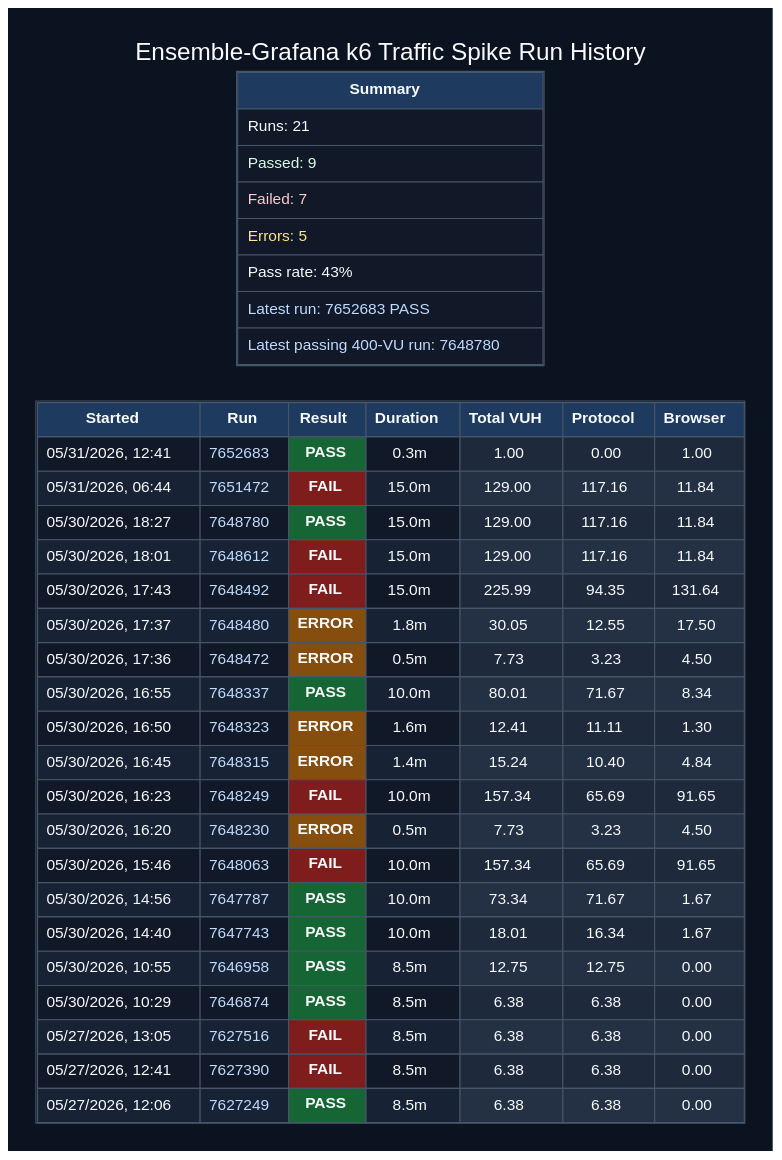
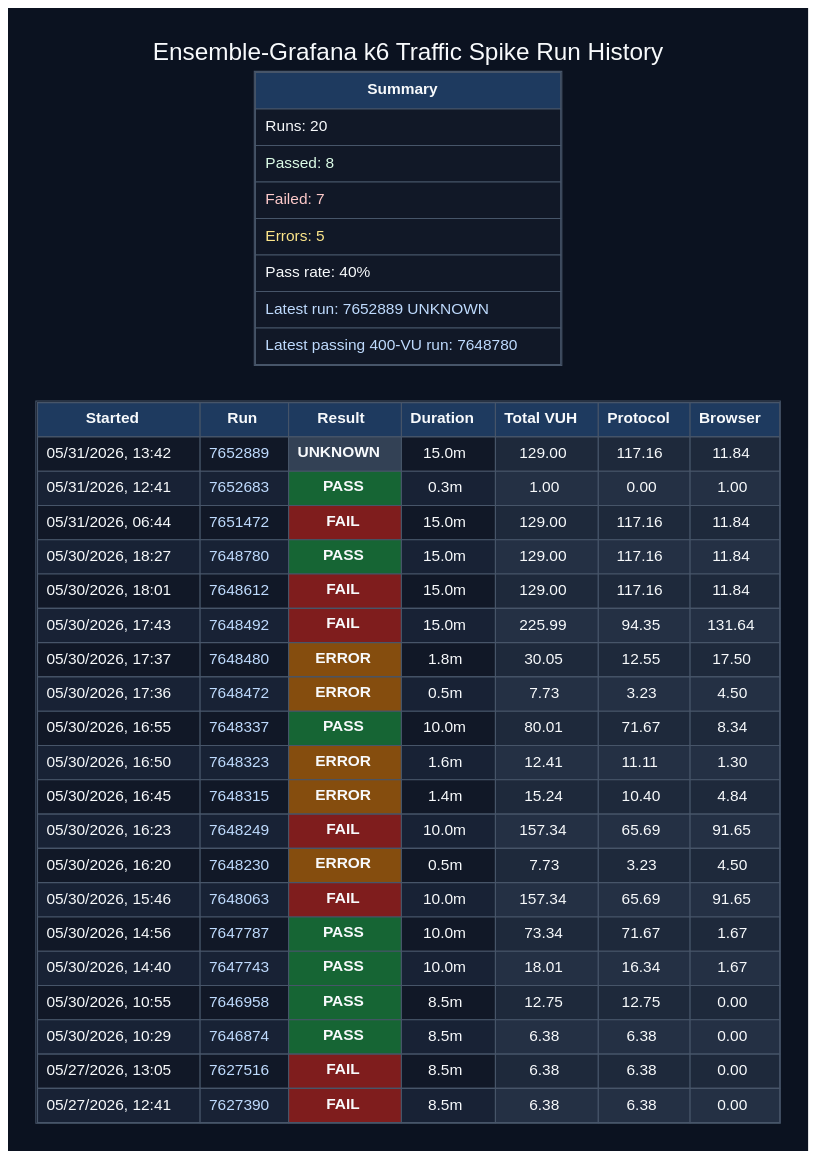
The diagram in docs/graphviz/load-run-table.dot (orenlion1/ensemble-retail), drawn with Graphviz before and after one commit. The commit also changed 17 other files, not shown here.

```diff
--- a/docs/graphviz/load-run-table.dot
+++ b/docs/graphviz/load-run-table.dot
@@ -31,62 +31,116 @@
           <TD BGCOLOR="#1e3a5f"><FONT COLOR="#f8fafc"><B>Browser</B></FONT></TD>
         </TR>
         <TR>
-          <TD BGCOLOR="#111827"><FONT COLOR="#f8fafc">05/31/2026, 12:41</FONT></TD>
-          <TD BGCOLOR="#111827"><FONT COLOR="#bfdbfe">7652683</FONT></TD>
-          <TD BGCOLOR="#166534"><FONT COLOR="#f8fafc"><B>PASS</B></FONT></TD>
-          <TD BGCOLOR="#111827"><FONT COLOR="#f8fafc">0.3m</FONT></TD>
-          <TD BGCOLOR="#1e293b"><FONT COLOR="#f8fafc">1.00</FONT></TD>
-          <TD BGCOLOR="#1e293b"><FONT COLOR="#f8fafc">0.00</FONT></TD>
-          <TD BGCOLOR="#1e293b"><FONT COLOR="#f8fafc">1.00</FONT></TD>
+          <TD BGCOLOR="#111827"><FONT COLOR="#f8fafc">05/31/2026, 13:42</FONT></TD>
+          <TD BGCOLOR="#111827"><FONT COLOR="#bfdbfe">7652889</FONT></TD>
+          <TD BGCOLOR="#334155"><FONT COLOR="#f8fafc"><B>UNKNOWN</B></FONT></TD>
+          <TD BGCOLOR="#111827"><FONT COLOR="#f8fafc">15.0m</FONT></TD>
+          <TD BGCOLOR="#1e293b"><FONT COLOR="#f8fafc">129.00</FONT></TD>
+          <TD BGCOLOR="#1e293b"><FONT COLOR="#f8fafc">117.16</FONT></TD>
+          <TD BGCOLOR="#1e293b"><FONT COLOR="#f8fafc">11.84</FONT></TD>
         </TR>
         <TR>
-          <TD BGCOLOR="#182235"><FONT COLOR="#f8fafc">05/31/2026, 06:44</FONT></TD>
-          <TD BGCOLOR="#182235"><FONT COLOR="#bfdbfe">7651472</FONT></TD>
+          <TD BGCOLOR="#182235"><FONT COLOR="#f8fafc">05/31/2026, 12:41</FONT></TD>
+          <TD BGCOLOR="#182235"><FONT COLOR="#bfdbfe">7652683</FONT></TD>
+          <TD BGCOLOR="#166534"><FONT COLOR="#f8fafc"><B>PASS</B></FONT></TD>
+          <TD BGCOLOR="#182235"><FONT COLOR="#f8fafc">0.3m</FONT></TD>
+          <TD BGCOLOR="#243044"><FONT COLOR="#f8fafc">1.00</FONT></TD>
+          <TD BGCOLOR="#243044"><FONT COLOR="#f8fafc">0.00</FONT></TD>
+          <TD BGCOLOR="#243044"><FONT COLOR="#f8fafc">1.00</FONT></TD>
+        </TR>
+        <TR>
+          <TD BGCOLOR="#111827"><FONT COLOR="#f8fafc">05/31/2026, 06:44</FONT></TD>
+          <TD BGCOLOR="#111827"><FONT COLOR="#bfdbfe">7651472</FONT></TD>
           <TD BGCOLOR="#7f1d1d"><FONT COLOR="#f8fafc"><B>FAIL</B></FONT></TD>
+          <TD BGCOLOR="#111827"><FONT COLOR="#f8fafc">15.0m</FONT></TD>
+          <TD BGCOLOR="#1e293b"><FONT COLOR="#f8fafc">129.00</FONT></TD>
+          <TD BGCOLOR="#1e293b"><FONT COLOR="#f8fafc">117.16</FONT></TD>
+          <TD BGCOLOR="#1e293b"><FONT COLOR="#f8fafc">11.84</FONT></TD>
+        </TR>
+        <TR>
+          <TD BGCOLOR="#182235"><FONT COLOR="#f8fafc">05/30/2026, 18:27</FONT></TD>
+          <TD BGCOLOR="#182235"><FONT COLOR="#bfdbfe">7648780</FONT></TD>
+          <TD BGCOLOR="#166534"><FONT COLOR="#f8fafc"><B>PASS</B></FONT></TD>
           <TD BGCOLOR="#182235"><FONT COLOR="#f8fafc">15.0m</FONT></TD>
           <TD BGCOLOR="#243044"><FONT COLOR="#f8fafc">129.00</FONT></TD>
           <TD BGCOLOR="#243044"><FONT COLOR="#f8fafc">117.16</FONT></TD>
           <TD BGCOLOR="#243044"><FONT COLOR="#f8fafc">11.84</FONT></TD>
         </TR>
         <TR>
-          <TD BGCOLOR="#111827"><FONT COLOR="#f8fafc">05/30/2026, 18:27</FONT></TD>
-          <TD BGCOLOR="#111827"><FONT COLOR="#bfdbfe">7648780</FONT></TD>
-          <TD BGCOLOR="#166534"><FONT COLOR="#f8fafc"><B>PASS</B></FONT></TD>
+          <TD BGCOLOR="#111827"><FONT COLOR="#f8fafc">05/30/2026, 18:01</FONT></TD>
+          <TD BGCOLOR="#111827"><FONT COLOR="#bfdbfe">7648612</FONT></TD>
+          <TD BGCOLOR="#7f1d1d"><FONT COLOR="#f8fafc"><B>FAIL</B></FONT></TD>
           <TD BGCOLOR="#111827"><FONT COLOR="#f8fafc">15.0m</FONT></TD>
           <TD BGCOLOR="#1e293b"><FONT COLOR="#f8fafc">129.00</FONT></TD>
           <TD BGCOLOR="#1e293b"><FONT COLOR="#f8fafc">117.16</FONT></TD>
           <TD BGCOLOR="#1e293b"><FONT COLOR="#f8fafc">11.84</FONT></TD>
         </TR>
         <TR>
-          <TD BGCOLOR="#182235"><FONT COLOR="#f8fafc">05/30/2026, 18:01</FONT></TD>
-          <TD BGCOLOR="#182235"><FONT COLOR="#bfdbfe">7648612</FONT></TD>
+          <TD BGCOLOR="#182235"><FONT COLOR="#f8fafc">05/30/2026, 17:43</FONT></TD>
+          <TD BGCOLOR="#182235"><FONT COLOR="#bfdbfe">7648492</FONT></TD>
           <TD BGCOLOR="#7f1d1d"><FONT COLOR="#f8fafc"><B>FAIL</B></FONT></TD>
           <TD BGCOLOR="#182235"><FONT COLOR="#f8fafc">15.0m</FONT></TD>
-          <TD BGCOLOR="#243044"><FONT COLOR="#f8fafc">129.00</FONT></TD>
-          <TD BGCOLOR="#243044"><FONT COLOR="#f8fafc">117.16</FONT></TD>
-          <TD BGCOLOR="#243044"><FONT COLOR="#f8fafc">11.84</FONT></TD>
+          <TD BGCOLOR="#243044"><FONT COLOR="#f8fafc">225.99</FONT></TD>
+          <TD BGCOLOR="#243044"><FONT COLOR="#f8fafc">94.35</FONT></TD>
+          <TD BGCOLOR="#243044"><FONT COLOR="#f8fafc">131.64</FONT></TD>
         </TR>
         <TR>
-          <TD BGCOLOR="#111827"><FONT COLOR="#f8fafc">05/30/2026, 17:43</FONT></TD>
-          <TD BGCOLOR="#111827"><FONT COLOR="#bfdbfe">7648492</FONT></TD>
-          <TD BGCOLOR="#7f1d1d"><FONT COLOR="#f8fafc"><B>FAIL</B></FONT></TD>
-          <TD BGCOLOR="#111827"><FONT COLOR="#f8fafc">15.0m</FONT></TD>
-          <TD BGCOLOR="#1e293b"><FONT COLOR="#f8fafc">225.99</FONT></TD>
-          <TD BGCOLOR="#1e293b"><FONT COLOR="#f8fafc">94.35</FONT></TD>
-          <TD BGCOLOR="#1e293b"><FONT COLOR="#f8fafc">131.64</FONT></TD>
+          <TD BGCOLOR="#111827"><FONT COLOR="#f8fafc">05/30/2026, 17:37</FONT></TD>
+          <TD BGCOLOR="#111827"><FONT COLOR="#bfdbfe">7648480</FONT></TD>
+          <TD BGCOLOR="#854d0e"><FONT COLOR="#f8fafc"><B>ERROR</B></FONT></TD>
+          <TD BGCOLOR="#111827"><FONT COLOR="#f8fafc">1.8m</FONT></TD>
+          <TD BGCOLOR="#1e293b"><FONT COLOR="#f8fafc">30.05</FONT></TD>
+          <TD BGCOLOR="#1e293b"><FONT COLOR="#f8fafc">12.55</FONT></TD>
+          <TD BGCOLOR="#1e293b"><FONT COLOR="#f8fafc">17.50</FONT></TD>
         </TR>
         <TR>
-          <TD BGCOLOR="#182235"><FONT COLOR="#f8fafc">05/30/2026, 17:37</FONT></TD>
-          <TD BGCOLOR="#182235"><FONT COLOR="#bfdbfe">7648480</FONT></TD>
+          <TD BGCOLOR="#182235"><FONT COLOR="#f8fafc">05/30/2026, 17:36</FONT></TD>
+          <TD BGCOLOR="#182235"><FONT COLOR="#bfdbfe">7648472</FONT></TD>
           <TD BGCOLOR="#854d0e"><FONT COLOR="#f8fafc"><B>ERROR</B></FONT></TD>
-          <TD BGCOLOR="#182235"><FONT COLOR="#f8fafc">1.8m</FONT></TD>
-          <TD BGCOLOR="#243044"><FONT COLOR="#f8fafc">30.05</FONT></TD>
-          <TD BGCOLOR="#243044"><FONT COLOR="#f8fafc">12.55</FONT></TD>
-          <TD BGCOLOR="#243044"><FONT COLOR="#f8fafc">17.50</FONT></TD>
+          <TD BGCOLOR="#182235"><FONT COLOR="#f8fafc">0.5m</FONT></TD>
+          <TD BGCOLOR="#243044"><FONT COLOR="#f8fafc">7.73</FONT></TD>
+          <TD BGCOLOR="#243044"><FONT COLOR="#f8fafc">3.23</FONT></TD>
+          <TD BGCOLOR="#243044"><FONT COLOR="#f8fafc">4.50</FONT></TD>
         </TR>
         <TR>
-          <TD BGCOLOR="#111827"><FONT COLOR="#f8fafc">05/30/2026, 17:36</FONT></TD>
-          <TD BGCOLOR="#111827"><FONT COLOR="#bfdbfe">7648472</FONT></TD>
+          <TD BGCOLOR="#111827"><FONT COLOR="#f8fafc">05/30/2026, 16:55</FONT></TD>
+          <TD BGCOLOR="#111827"><FONT COLOR="#bfdbfe">7648337</FONT></TD>
+          <TD BGCOLOR="#166534"><FONT COLOR="#f8fafc"><B>PASS</B></FONT></TD>
+          <TD BGCOLOR="#111827"><FONT COLOR="#f8fafc">10.0m</FONT></TD>
+          <TD BGCOLOR="#1e293b"><FONT COLOR="#f8fafc">80.01</FONT></TD>
+          <TD BGCOLOR="#1e293b"><FONT COLOR="#f8fafc">71.67</FONT></TD>
+          <TD BGCOLOR="#1e293b"><FONT COLOR="#f8fafc">8.34</FONT></TD>
+        </TR>
+        <TR>
+          <TD BGCOLOR="#182235"><FONT COLOR="#f8fafc">05/30/2026, 16:50</FONT></TD>
+          <TD BGCOLOR="#182235"><FONT COLOR="#bfdbfe">7648323</FONT></TD>
+          <TD BGCOLOR="#854d0e"><FONT COLOR="#f8fafc"><B>ERROR</B></FONT></TD>
+          <TD BGCOLOR="#182235"><FONT COLOR="#f8fafc">1.6m</FONT></TD>
+          <TD BGCOLOR="#243044"><FONT COLOR="#f8fafc">12.41</FONT></TD>
+          <TD BGCOLOR="#243044"><FONT COLOR="#f8fafc">11.11</FONT></TD>
+          <TD BGCOLOR="#243044"><FONT COLOR="#f8fafc">1.30</FONT></TD>
+        </TR>
+        <TR>
+          <TD BGCOLOR="#111827"><FONT COLOR="#f8fafc">05/30/2026, 16:45</FONT></TD>
+          <TD BGCOLOR="#111827"><FONT COLOR="#bfdbfe">7648315</FONT></TD>
+          <TD BGCOLOR="#854d0e"><FONT COLOR="#f8fafc"><B>ERROR</B></FONT></TD>
+          <TD BGCOLOR="#111827"><FONT COLOR="#f8fafc">1.4m</FONT></TD>
+          <TD BGCOLOR="#1e293b"><FONT COLOR="#f8fafc">15.24</FONT></TD>
+          <TD BGCOLOR="#1e293b"><FONT COLOR="#f8fafc">10.40</FONT></TD>
+          <TD BGCOLOR="#1e293b"><FONT COLOR="#f8fafc">4.84</FONT></TD>
+        </TR>
+        <TR>
+          <TD BGCOLOR="#182235"><FONT COLOR="#f8fafc">05/30/2026, 16:23</FONT></TD>
+          <TD BGCOLOR="#182235"><FONT COLOR="#bfdbfe">7648249</FONT></TD>
+          <TD BGCOLOR="#7f1d1d"><FONT COLOR="#f8fafc"><B>FAIL</B></FONT></TD>
+          <TD BGCOLOR="#182235"><FONT COLOR="#f8fafc">10.0m</FONT></TD>
+          <TD BGCOLOR="#243044"><FONT COLOR="#f8fafc">157.34</FONT></TD>
+          <TD BGCOLOR="#243044"><FONT COLOR="#f8fafc">65.69</FONT></TD>
+          <TD BGCOLOR="#243044"><FONT COLOR="#f8fafc">91.65</FONT></TD>
+        </TR>
+        <TR>
+          <TD BGCOLOR="#111827"><FONT COLOR="#f8fafc">05/30/2026, 16:20</FONT></TD>
+          <TD BGCOLOR="#111827"><FONT COLOR="#bfdbfe">7648230</FONT></TD>
           <TD BGCOLOR="#854d0e"><FONT COLOR="#f8fafc"><B>ERROR</B></FONT></TD>
           <TD BGCOLOR="#111827"><FONT COLOR="#f8fafc">0.5m</FONT></TD>
           <TD BGCOLOR="#1e293b"><FONT COLOR="#f8fafc">7.73</FONT></TD>
@@ -94,107 +148,53 @@
           <TD BGCOLOR="#1e293b"><FONT COLOR="#f8fafc">4.50</FONT></TD>
         </TR>
         <TR>
-          <TD BGCOLOR="#182235"><FONT COLOR="#f8fafc">05/30/2026, 16:55</FONT></TD>
-          <TD BGCOLOR="#182235"><FONT COLOR="#bfdbfe">7648337</FONT></TD>
+          <TD BGCOLOR="#182235"><FONT COLOR="#f8fafc">05/30/2026, 15:46</FONT></TD>
+          <TD BGCOLOR="#182235"><FONT COLOR="#bfdbfe">7648063</FONT></TD>
+          <TD BGCOLOR="#7f1d1d"><FONT COLOR="#f8fafc"><B>FAIL</B></FONT></TD>
+          <TD BGCOLOR="#182235"><FONT COLOR="#f8fafc">10.0m</FONT></TD>
+          <TD BGCOLOR="#243044"><FONT COLOR="#f8fafc">157.34</FONT></TD>
+          <TD BGCOLOR="#243044"><FONT COLOR="#f8fafc">65.69</FONT></TD>
+          <TD BGCOLOR="#243044"><FONT COLOR="#f8fafc">91.65</FONT></TD>
+        </TR>
+        <TR>
+          <TD BGCOLOR="#111827"><FONT COLOR="#f8fafc">05/30/2026, 14:56</FONT></TD>
+          <TD BGCOLOR="#111827"><FONT COLOR="#bfdbfe">7647787</FONT></TD>
+          <TD BGCOLOR="#166534"><FONT COLOR="#f8fafc"><B>PASS</B></FONT></TD>
+          <TD BGCOLOR="#111827"><FONT COLOR="#f8fafc">10.0m</FONT></TD>
+          <TD BGCOLOR="#1e293b"><FONT COLOR="#f8fafc">73.34</FONT></TD>
+          <TD BGCOLOR="#1e293b"><FONT COLOR="#f8fafc">71.67</FONT></TD>
+          <TD BGCOLOR="#1e293b"><FONT COLOR="#f8fafc">1.67</FONT></TD>
+        </TR>
+        <TR>
+          <TD BGCOLOR="#182235"><FONT COLOR="#f8fafc">05/30/2026, 14:40</FONT></TD>
+          <TD BGCOLOR="#182235"><FONT COLOR="#bfdbfe">7647743</FONT></TD>
           <TD BGCOLOR="#166534"><FONT COLOR="#f8fafc"><B>PASS</B></FONT></TD>
           <TD BGCOLOR="#182235"><FONT COLOR="#f8fafc">10.0m</FONT></TD>
-          <TD BGCOLOR="#243044"><FONT COLOR="#f8fafc">80.01</FONT></TD>
-          <TD BGCOLOR="#243044"><FONT COLOR="#f8fafc">71.67</FONT></TD>
-          <TD BGCOLOR="#243044"><FONT COLOR="#f8fafc">8.34</FONT></TD>
-        </TR>
-        <TR>
-          <TD BGCOLOR="#111827"><FONT COLOR="#f8fafc">05/30/2026, 16:50</FONT></TD>
-          <TD BGCOLOR="#111827"><FONT COLOR="#bfdbfe">7648323</FONT></TD>
-          <TD BGCOLOR="#854d0e"><FONT COLOR="#f8fafc"><B>ERROR</B></FONT></TD>
-          <TD BGCOLOR="#111827"><FONT COLOR="#f8fafc">1.6m</FONT></TD>
-          <TD BGCOLOR="#1e293b"><FONT COLOR="#f8fafc">12.41</FONT></TD>
-          <TD BGCOLOR="#1e293b"><FONT COLOR="#f8fafc">11.11</FONT></TD>
-          <TD BGCOLOR="#1e293b"><FONT COLOR="#f8fafc">1.30</FONT></TD>
-        </TR>
-        <TR>
-          <TD BGCOLOR="#182235"><FONT COLOR="#f8fafc">05/30/2026, 16:45</FONT></TD>
-          <TD BGCOLOR="#182235"><FONT COLOR="#bfdbfe">7648315</FONT></TD>
-          <TD BGCOLOR="#854d0e"><FONT COLOR="#f8fafc"><B>ERROR</B></FONT></TD>
-          <TD BGCOLOR="#182235"><FONT COLOR="#f8fafc">1.4m</FONT></TD>
-          <TD BGCOLOR="#243044"><FONT COLOR="#f8fafc">15.24</FONT></TD>
-          <TD BGCOLOR="#243044"><FONT COLOR="#f8fafc">10.40</FONT></TD>
-          <TD BGCOLOR="#243044"><FONT COLOR="#f8fafc">4.84</FONT></TD>
-        </TR>
-        <TR>
-          <TD BGCOLOR="#111827"><FONT COLOR="#f8fafc">05/30/2026, 16:23</FONT></TD>
-          <TD BGCOLOR="#111827"><FONT COLOR="#bfdbfe">7648249</FONT></TD>
-          <TD BGCOLOR="#7f1d1d"><FONT COLOR="#f8fafc"><B>FAIL</B></FONT></TD>
-          <TD BGCOLOR="#111827"><FONT COLOR="#f8fafc">10.0m</FONT></TD>
-          <TD BGCOLOR="#1e293b"><FONT COLOR="#f8fafc">157.34</FONT></TD>
-          <TD BGCOLOR="#1e293b"><FONT COLOR="#f8fafc">65.69</FONT></TD>
-          <TD BGCOLOR="#1e293b"><FONT COLOR="#f8fafc">91.65</FONT></TD>
-        </TR>
-        <TR>
-          <TD BGCOLOR="#182235"><FONT COLOR="#f8fafc">05/30/2026, 16:20</FONT></TD>
-          <TD BGCOLOR="#182235"><FONT COLOR="#bfdbfe">7648230</FONT></TD>
-          <TD BGCOLOR="#854d0e"><FONT COLOR="#f8fafc"><B>ERROR</B></FONT></TD>
-          <TD BGCOLOR="#182235"><FONT COLOR="#f8fafc">0.5m</FONT></TD>
-          <TD BGCOLOR="#243044"><FONT COLOR="#f8fafc">7.73</FONT></TD>
-          <TD BGCOLOR="#243044"><FONT COLOR="#f8fafc">3.23</FONT></TD>
-          <TD BGCOLOR="#243044"><FONT COLOR="#f8fafc">4.50</FONT></TD>
-        </TR>
-        <TR>
-          <TD BGCOLOR="#111827"><FONT COLOR="#f8fafc">05/30/2026, 15:46</FONT></TD>
-          <TD BGCOLOR="#111827"><FONT COLOR="#bfdbfe">7648063</FONT></TD>
-          <TD BGCOLOR="#7f1d1d"><FONT COLOR="#f8fafc"><B>FAIL</B></FONT></TD>
-          <TD BGCOLOR="#111827"><FONT COLOR="#f8fafc">10.0m</FONT></TD>
-          <TD BGCOLOR="#1e293b"><FONT COLOR="#f8fafc">157.34</FONT></TD>
-          <TD BGCOLOR="#1e293b"><FONT COLOR="#f8fafc">65.69</FONT></TD>
-          <TD BGCOLOR="#1e293b"><FONT COLOR="#f8fafc">91.65</FONT></TD>
-        </TR>
-        <TR>
-          <TD BGCOLOR="#182235"><FONT COLOR="#f8fafc">05/30/2026, 14:56</FONT></TD>
-          <TD BGCOLOR="#182235"><FONT COLOR="#bfdbfe">7647787</FONT></TD>
-          <TD BGCOLOR="#166534"><FONT COLOR="#f8fafc"><B>PASS</B></FONT></TD>
-          <TD BGCOLOR="#182235"><FONT COLOR="#f8fafc">10.0m</FONT></TD>
-          <TD BGCOLOR="#243044"><FONT COLOR="#f8fafc">73.34</FONT></TD>
-          <TD BGCOLOR="#243044"><FONT COLOR="#f8fafc">71.67</FONT></TD>
+          <TD BGCOLOR="#243044"><FONT COLOR="#f8fafc">18.01</FONT></TD>
+          <TD BGCOLOR="#243044"><FONT COLOR="#f8fafc">16.34</FONT></TD>
           <TD BGCOLOR="#243044"><FONT COLOR="#f8fafc">1.67</FONT></TD>
         </TR>
         <TR>
-          <TD BGCOLOR="#111827"><FONT COLOR="#f8fafc">05/30/2026, 14:40</FONT></TD>
-          <TD BGCOLOR="#111827"><FONT COLOR="#bfdbfe">7647743</FONT></TD>
-          <TD BGCOLOR="#166534"><FONT COLOR="#f8fafc"><B>PASS</B></FONT></TD>
-          <TD BGCOLOR="#111827"><FONT COLOR="#f8fafc">10.0m</FONT></TD>
-          <TD BGCOLOR="#1e293b"><FONT COLOR="#f8fafc">18.01</FONT></TD>
-          <TD BGCOLOR="#1e293b"><FONT COLOR="#f8fafc">16.34</FONT></TD>
-          <TD BGCOLOR="#1e293b"><FONT COLOR="#f8fafc">1.67</FONT></TD>
-        </TR>
-        <TR>
-          <TD BGCOLOR="#182235"><FONT COLOR="#f8fafc">05/30/2026, 10:55</FONT></TD>
-          <TD BGCOLOR="#182235"><FONT COLOR="#bfdbfe">7646958</FONT></TD>
-          <TD BGCOLOR="#166534"><FONT COLOR="#f8fafc"><B>PASS</B></FONT></TD>
-          <TD BGCOLOR="#182235"><FONT COLOR="#f8fafc">8.5m</FONT></TD>
-          <TD BGCOLOR="#243044"><FONT COLOR="#f8fafc">12.75</FONT></TD>
-          <TD BGCOLOR="#243044"><FONT COLOR="#f8fafc">12.75</FONT></TD>
-          <TD BGCOLOR="#243044"><FONT COLOR="#f8fafc">0.00</FONT></TD>
-        </TR>
-        <TR>
-          <TD BGCOLOR="#111827"><FONT COLOR="#f8fafc">05/30/2026, 10:29</FONT></TD>
-          <TD BGCOLOR="#111827"><FONT COLOR="#bfdbfe">7646874</FONT></TD>
+          <TD BGCOLOR="#111827"><FONT COLOR="#f8fafc">05/30/2026, 10:55</FONT></TD>
+          <TD BGCOLOR="#111827"><FONT COLOR="#bfdbfe">7646958</FONT></TD>
           <TD BGCOLOR="#166534"><FONT COLOR="#f8fafc"><B>PASS</B></FONT></TD>
           <TD BGCOLOR="#111827"><FONT COLOR="#f8fafc">8.5m</FONT></TD>
-          <TD BGCOLOR="#1e293b"><FONT COLOR="#f8fafc">6.38</FONT></TD>
-          <TD BGCOLOR="#1e293b"><FONT COLOR="#f8fafc">6.38</FONT></TD>
+          <TD BGCOLOR="#1e293b"><FONT COLOR="#f8fafc">12.75</FONT></TD>
+          <TD BGCOLOR="#1e293b"><FONT COLOR="#f8fafc">12.75</FONT></TD>
           <TD BGCOLOR="#1e293b"><FONT COLOR="#f8fafc">0.00</FONT></TD>
         </TR>
         <TR>
-          <TD BGCOLOR="#182235"><FONT COLOR="#f8fafc">05/27/2026, 13:05</FONT></TD>
-          <TD BGCOLOR="#182235"><FONT COLOR="#bfdbfe">7627516</FONT></TD>
-          <TD BGCOLOR="#7f1d1d"><FONT COLOR="#f8fafc"><B>FAIL</B></FONT></TD>
+          <TD BGCOLOR="#182235"><FONT COLOR="#f8fafc">05/30/2026, 10:29</FONT></TD>
+          <TD BGCOLOR="#182235"><FONT COLOR="#bfdbfe">7646874</FONT></TD>
+          <TD BGCOLOR="#166534"><FONT COLOR="#f8fafc"><B>PASS</B></FONT></TD>
           <TD BGCOLOR="#182235"><FONT COLOR="#f8fafc">8.5m</FONT></TD>
           <TD BGCOLOR="#243044"><FONT COLOR="#f8fafc">6.38</FONT></TD>
           <TD BGCOLOR="#243044"><FONT COLOR="#f8fafc">6.38</FONT></TD>
           <TD BGCOLOR="#243044"><FONT COLOR="#f8fafc">0.00</FONT></TD>
         </TR>
         <TR>
-          <TD BGCOLOR="#111827"><FONT COLOR="#f8fafc">05/27/2026, 12:41</FONT></TD>
-          <TD BGCOLOR="#111827"><FONT COLOR="#bfdbfe">7627390</FONT></TD>
+          <TD BGCOLOR="#111827"><FONT COLOR="#f8fafc">05/27/2026, 13:05</FONT></TD>
+          <TD BGCOLOR="#111827"><FONT COLOR="#bfdbfe">7627516</FONT></TD>
           <TD BGCOLOR="#7f1d1d"><FONT COLOR="#f8fafc"><B>FAIL</B></FONT></TD>
           <TD BGCOLOR="#111827"><FONT COLOR="#f8fafc">8.5m</FONT></TD>
           <TD BGCOLOR="#1e293b"><FONT COLOR="#f8fafc">6.38</FONT></TD>
@@ -202,9 +202,9 @@
           <TD BGCOLOR="#1e293b"><FONT COLOR="#f8fafc">0.00</FONT></TD>
         </TR>
         <TR>
-          <TD BGCOLOR="#182235"><FONT COLOR="#f8fafc">05/27/2026, 12:06</FONT></TD>
-          <TD BGCOLOR="#182235"><FONT COLOR="#bfdbfe">7627249</FONT></TD>
-          <TD BGCOLOR="#166534"><FONT COLOR="#f8fafc"><B>PASS</B></FONT></TD>
+          <TD BGCOLOR="#182235"><FONT COLOR="#f8fafc">05/27/2026, 12:41</FONT></TD>
+          <TD BGCOLOR="#182235"><FONT COLOR="#bfdbfe">7627390</FONT></TD>
+          <TD BGCOLOR="#7f1d1d"><FONT COLOR="#f8fafc"><B>FAIL</B></FONT></TD>
           <TD BGCOLOR="#182235"><FONT COLOR="#f8fafc">8.5m</FONT></TD>
           <TD BGCOLOR="#243044"><FONT COLOR="#f8fafc">6.38</FONT></TD>
           <TD BGCOLOR="#243044"><FONT COLOR="#f8fafc">6.38</FONT></TD>
@@ -218,12 +218,12 @@
     label=<
       <TABLE BORDER="1" CELLBORDER="1" CELLSPACING="0" CELLPADDING="8" COLOR="#475569">
         <TR><TD BGCOLOR="#1e3a5f"><FONT COLOR="#f8fafc"><B>Summary</B></FONT></TD></TR>
-        <TR><TD BGCOLOR="#111827" ALIGN="LEFT"><FONT COLOR="#f8fafc">Runs: 21</FONT></TD></TR>
-        <TR><TD BGCOLOR="#111827" ALIGN="LEFT"><FONT COLOR="#dcfce7">Passed: 9</FONT></TD></TR>
+        <TR><TD BGCOLOR="#111827" ALIGN="LEFT"><FONT COLOR="#f8fafc">Runs: 20</FONT></TD></TR>
+        <TR><TD BGCOLOR="#111827" ALIGN="LEFT"><FONT COLOR="#dcfce7">Passed: 8</FONT></TD></TR>
         <TR><TD BGCOLOR="#111827" ALIGN="LEFT"><FONT COLOR="#fecaca">Failed: 7</FONT></TD></TR>
         <TR><TD BGCOLOR="#111827" ALIGN="LEFT"><FONT COLOR="#fde68a">Errors: 5</FONT></TD></TR>
-        <TR><TD BGCOLOR="#111827" ALIGN="LEFT"><FONT COLOR="#f8fafc">Pass rate: 43%</FONT></TD></TR>
-        <TR><TD BGCOLOR="#111827" ALIGN="LEFT"><FONT COLOR="#bfdbfe">Latest run: 7652683 PASS</FONT></TD></TR>
+        <TR><TD BGCOLOR="#111827" ALIGN="LEFT"><FONT COLOR="#f8fafc">Pass rate: 40%</FONT></TD></TR>
+        <TR><TD BGCOLOR="#111827" ALIGN="LEFT"><FONT COLOR="#bfdbfe">Latest run: 7652889 UNKNOWN</FONT></TD></TR>
         <TR><TD BGCOLOR="#111827" ALIGN="LEFT"><FONT COLOR="#bfdbfe">Latest passing 400-VU run: 7648780</FONT></TD></TR>
       </TABLE>
     >
```
